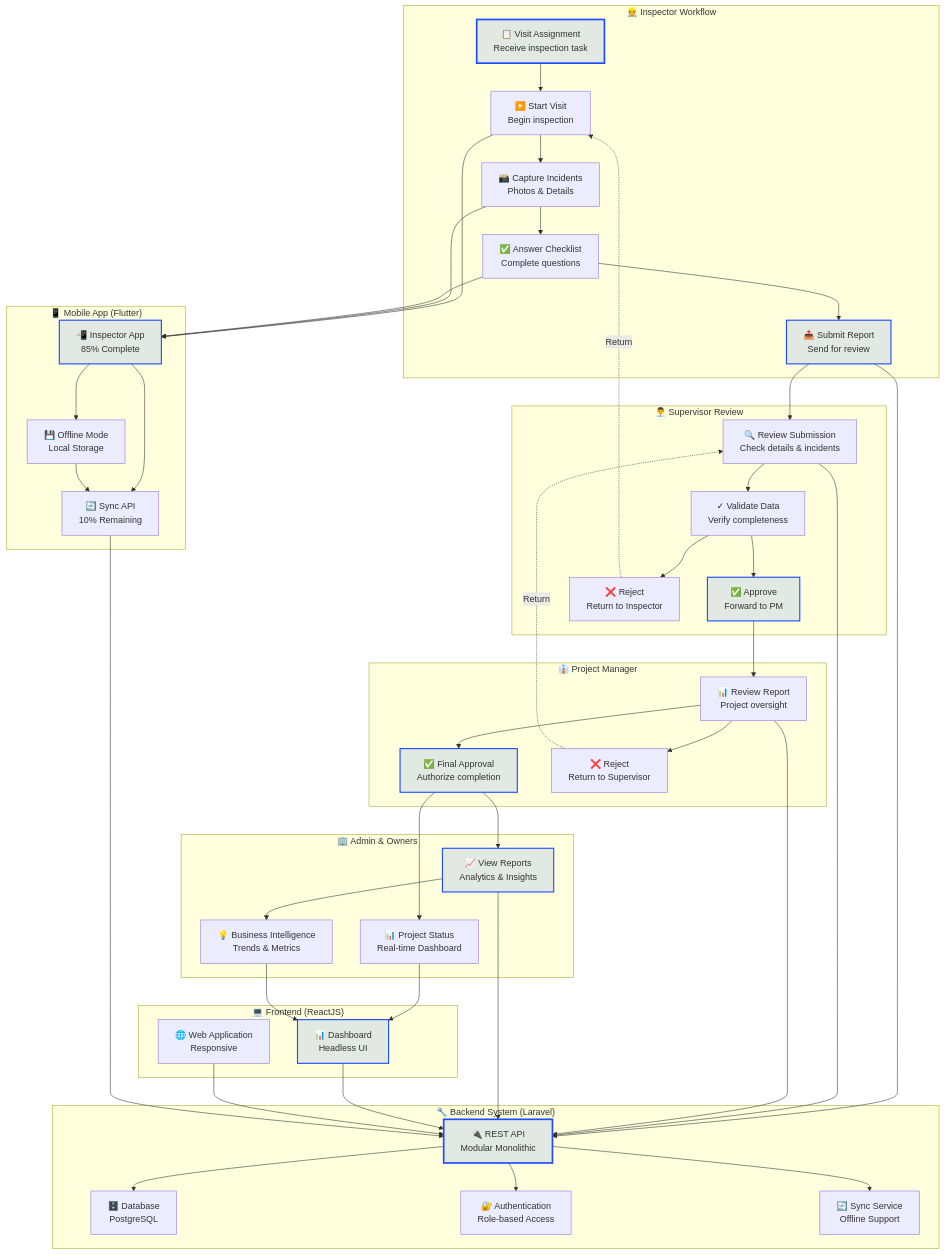
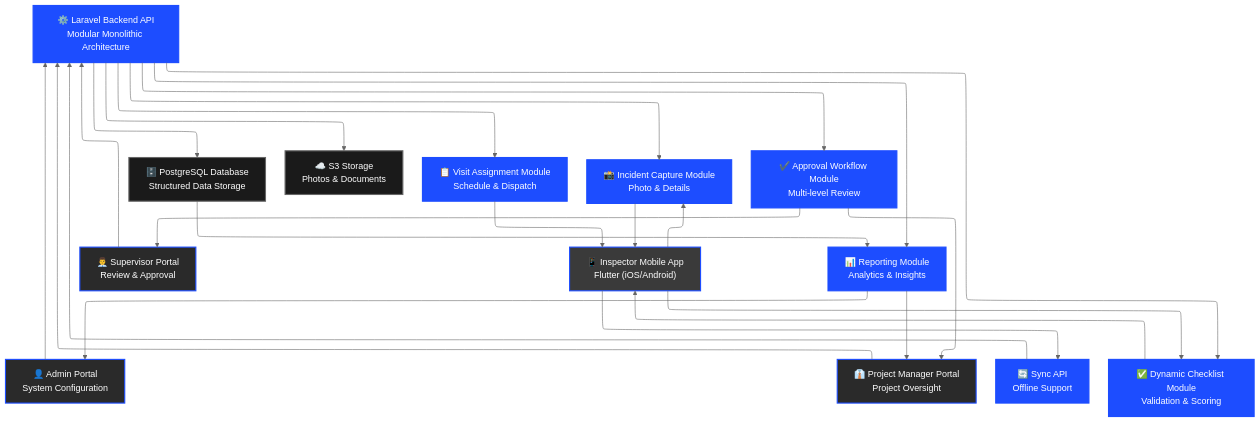
Before and after one commit to fulers-technologies/projects-detailed-meeting-presentation: the diagram in data/diagrams/ims.mermaid, drawn with Mermaid. The commit also changed 8 other files, not shown here.

```diff
--- a/data/diagrams/ims.mermaid
+++ b/data/diagrams/ims.mermaid
@@ -1,105 +1,62 @@
+---
+config:
+  theme: base
+  themeVariables:
+    primaryColor: '#1D4DFF'
+    primaryTextColor: '#fff'
+    primaryBorderColor: '#1D4DFF'
+    lineColor: '#666'
+    secondaryColor: '#1a1a1a'
+    tertiaryColor: '#2a2a2a'
+    background: '#0a0a0a'
+    mainBkg: '#1a1a1a'
+    secondBkg: '#2a2a2a'
+    nodeTextColor: '#fff'
+    textColor: '#fff'
+    edgeLabelBackground: '#1a1a1a'
+  layout: elk
+---
+
 flowchart TB
-    subgraph Inspector["👷 Inspector Workflow"]
-        Assign["📋 Visit Assignment<br/>Receive inspection task"]
-        Start["▶️ Start Visit<br/>Begin inspection"]
-        Capture["📸 Capture Incidents<br/>Photos & Details"]
-        Checklist["✅ Answer Checklist<br/>Complete questions"]
-        Submit["📤 Submit Report<br/>Send for review"]
-    end
-    
-    subgraph Supervisor["👨‍💼 Supervisor Review"]
-        Review["🔍 Review Submission<br/>Check details & incidents"]
-        Validate["✓ Validate Data<br/>Verify completeness"]
-        Approve1["✅ Approve<br/>Forward to PM"]
-        Reject1["❌ Reject<br/>Return to Inspector"]
-    end
-    
-    subgraph ProjectManager["👔 Project Manager"]
-        PMReview["📊 Review Report<br/>Project oversight"]
-        PMApprove["✅ Final Approval<br/>Authorize completion"]
-        PMReject["❌ Reject<br/>Return to Supervisor"]
-    end
-    
-    subgraph Management["🏢 Admin & Owners"]
-        Reports["📈 View Reports<br/>Analytics & Insights"]
-        Status["📊 Project Status<br/>Real-time Dashboard"]
-        Analytics["💡 Business Intelligence<br/>Trends & Metrics"]
-    end
-    
-    subgraph Backend["🔧 Backend System (Laravel)"]
-        API["🔌 REST API<br/>Modular Monolithic"]
-        DB["🗄️ Database<br/>PostgreSQL"]
-        Auth["🔐 Authentication<br/>Role-based Access"]
-        Sync["🔄 Sync Service<br/>Offline Support"]
-    end
-    
-    subgraph Frontend["💻 Frontend (ReactJS)"]
-        Dashboard["📊 Dashboard<br/>Headless UI"]
-        WebApp["🌐 Web Application<br/>Responsive"]
-    end
-    
-    subgraph Mobile["📱 Mobile App (Flutter)"]
-        FlutterApp["📲 Inspector App<br/>85% Complete"]
-        Offline["💾 Offline Mode<br/>Local Storage"]
-        SyncAPI["🔄 Sync API<br/>10% Remaining"]
-    end
-    
-    %% Inspector Flow
-    Assign --> Start
-    Start --> Capture
-    Capture --> Checklist
-    Checklist --> Submit
-    
-    %% Supervisor Flow
-    Submit --> Review
-    Review --> Validate
-    Validate --> Approve1
-    Validate --> Reject1
-    Reject1 -.->|Return| Start
-    
-    %% Project Manager Flow
-    Approve1 --> PMReview
-    PMReview --> PMApprove
-    PMReview --> PMReject
-    PMReject -.->|Return| Review
-    
-    %% Management Access
-    PMApprove --> Reports
-    PMApprove --> Status
-    Reports --> Analytics
-    
-    %% Backend Integration
-    Submit --> API
-    Review --> API
-    PMReview --> API
-    Reports --> API
-    
-    API --> DB
-    API --> Auth
-    API --> Sync
-    
-    %% Frontend Integration
-    Dashboard --> API
-    WebApp --> API
-    Status --> Dashboard
-    Analytics --> Dashboard
-    
-    %% Mobile Integration
-    FlutterApp --> Offline
-    FlutterApp --> SyncAPI
-    SyncAPI --> API
-    Offline --> SyncAPI
-    
-    Start --> FlutterApp
-    Capture --> FlutterApp
-    Checklist --> FlutterApp
-    
-    %% Styling
-    style Assign fill:#1D4DFF20,stroke:#1D4DFF,stroke-width:3px
-    style Submit fill:#1D4DFF20,stroke:#1D4DFF,stroke-width:2px
-    style Approve1 fill:#1D4DFF20,stroke:#1D4DFF,stroke-width:2px
-    style PMApprove fill:#1D4DFF20,stroke:#1D4DFF,stroke-width:2px
-    style Reports fill:#1D4DFF20,stroke:#1D4DFF,stroke-width:2px
-    style API fill:#1D4DFF20,stroke:#1D4DFF,stroke-width:3px
-    style FlutterApp fill:#1D4DFF20,stroke:#1D4DFF,stroke-width:2px
-    style Dashboard fill:#1D4DFF20,stroke:#1D4DFF,stroke-width:2px
+
+Admin["👤 Admin Portal<br/>System Configuration"] --> Backend["⚙️ Laravel Backend API<br/>Modular Monolithic Architecture"]
+PM["👔 Project Manager Portal<br/>Project Oversight"] --> Backend
+Supervisor["👨‍💼 Supervisor Portal<br/>Review & Approval"] --> Backend
+
+Backend --> Database["🗄️ PostgreSQL Database<br/>Structured Data Storage"]
+Backend --> Storage["☁️ S3 Storage<br/>Photos & Documents"]
+
+Inspector["📱 Inspector Mobile App<br/>Flutter (iOS/Android)"] --> SyncAPI["🔄 Sync API<br/>Offline Support"]
+
+SyncAPI --> Backend
+
+Backend --> VisitAssignment["📋 Visit Assignment Module<br/>Schedule & Dispatch"]
+Backend --> IncidentCapture["📸 Incident Capture Module<br/>Photo & Details"]
+Backend --> Checklist["✅ Dynamic Checklist Module<br/>Validation & Scoring"]
+Backend --> Approval["✔️ Approval Workflow Module<br/>Multi-level Review"]
+Backend --> Reporting["📊 Reporting Module<br/>Analytics & Insights"]
+
+VisitAssignment --> Inspector
+IncidentCapture --> Inspector
+Checklist --> Inspector
+
+Inspector --> IncidentCapture
+Inspector --> Checklist
+
+Approval --> Supervisor
+Approval --> PM
+
+Reporting --> PM
+Reporting --> Admin
+
+Database --> Reporting
+
+classDef primary fill:#1D4DFF,stroke:#1D4DFF,stroke-width:2px,color:#fff
+classDef secondary fill:#2a2a2a,stroke:#1D4DFF,stroke-width:2px,color:#fff
+classDef storage fill:#1a1a1a,stroke:#666,stroke-width:2px,color:#fff
+classDef mobile fill:#3a3a3a,stroke:#1D4DFF,stroke-width:2px,color:#fff
+
+class Backend,VisitAssignment,IncidentCapture,Checklist,Approval,Reporting,SyncAPI primary
+class Admin,PM,Supervisor secondary
+class Database,Storage storage
+class Inspector mobile
```
